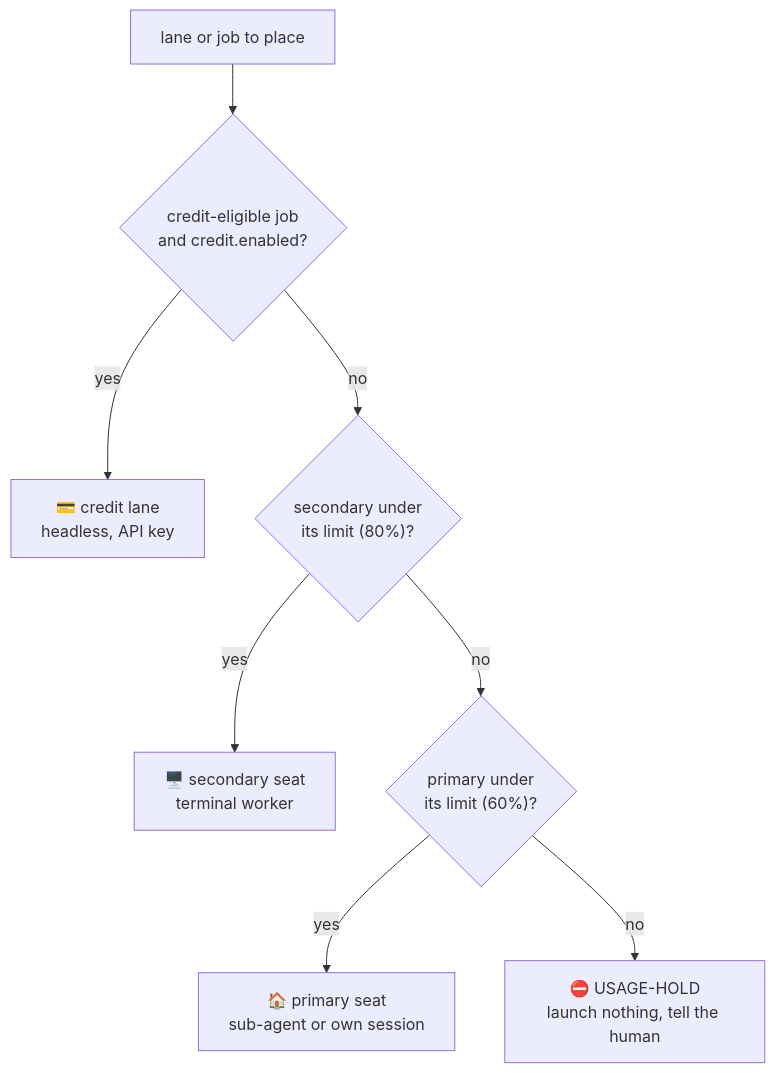
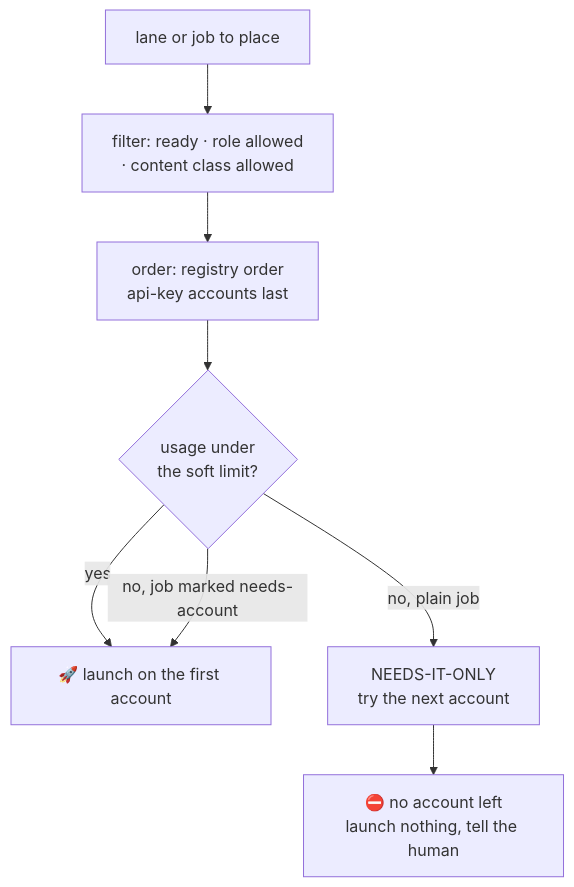
Before and after one commit to geopjinfo/builder-pipeline: the seventh of 9 diagrams in GUIDE.md, drawn with Mermaid. The commit also changed other lines of this file, not shown here.

Commit message:
M7: GUIDE — the Accounts section replaces Multi-account seats (registry, report, commands, placement, policy gate and pin, rulebook), the 1.0 migration note and the board-loop subsection (REQ-107)

````diff
--- a/GUIDE.md
+++ b/GUIDE.md
@@ -196,10 +225,10 @@
 ```mermaid
 flowchart TD
-    J["lane or job to place"] --> CR{"credit-eligible job<br/>and credit.enabled?"}
-    CR -- yes --> CL["💳 credit lane<br/>headless, API key"]
-    CR -- no --> SEC{"secondary under<br/>its limit (80%)?"}
-    SEC -- yes --> SW["🖥️ secondary seat<br/>terminal worker"]
-    SEC -- no --> PRI{"primary under<br/>its limit (60%)?"}
-    PRI -- yes --> PW["🏠 primary seat<br/>sub-agent or own session"]
-    PRI -- no --> HOLD["⛔ USAGE-HOLD<br/>launch nothing, tell the human"]
+    J["lane or job to place"] --> F["filter: ready · role allowed<br/>· content class allowed"]
+    F --> O["order: registry order<br/>api-key accounts last"]
+    O --> B{"usage under<br/>the soft limit?"}
+    B -- yes --> GO["🚀 launch on the first account"]
+    B -- "no, job marked needs-account" --> GO
+    B -- "no, plain job" --> NEXT["NEEDS-IT-ONLY<br/>try the next account"]
+    NEXT --> HOLD["⛔ no account left<br/>launch nothing, tell the human"]
 ```
````
